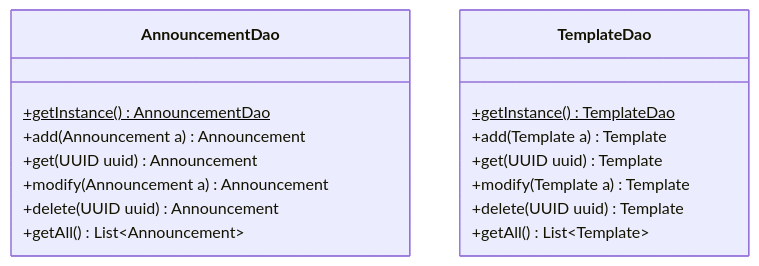
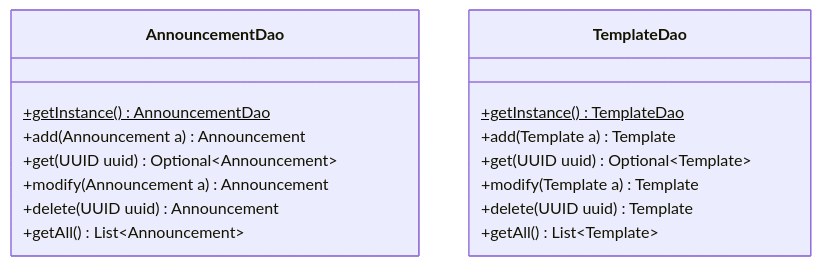
The second of 3 diagrams in docs/class-diagram.md (nanoyou/MaidNana), drawn with Mermaid before and after one commit. The commit also changed other lines of this file, not shown here.

Commit message:
doc: 为部分可能返回空结果的方法添加 Optional

````diff
--- a/docs/class-diagram.md
+++ b/docs/class-diagram.md
@@ -39,21 +39,21 @@
 ```mermaid
 classDiagram
 class AnnouncementDao {
     +getInstance()$ AnnouncementDao
     
     +add(Announcement a) Announcement
-    +get(UUID uuid) Announcement
+    +get(UUID uuid) Optional~Announcement~
     +modify(Announcement a) Announcement
     +delete(UUID uuid) Announcement 
     +getAll() List~Announcement~
 }
 class TemplateDao {
     +getInstance()$ TemplateDao
     
     +add(Template a) Template
-    +get(UUID uuid) Template
+    +get(UUID uuid) Optional~Template~
     +modify(Template a) Template
     +delete(UUID uuid) Template
     +getAll() List~Template~
 }
 ```
````
